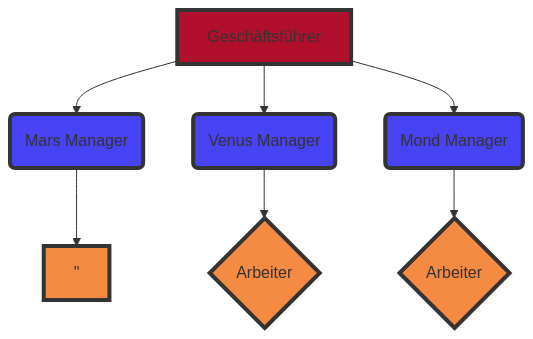
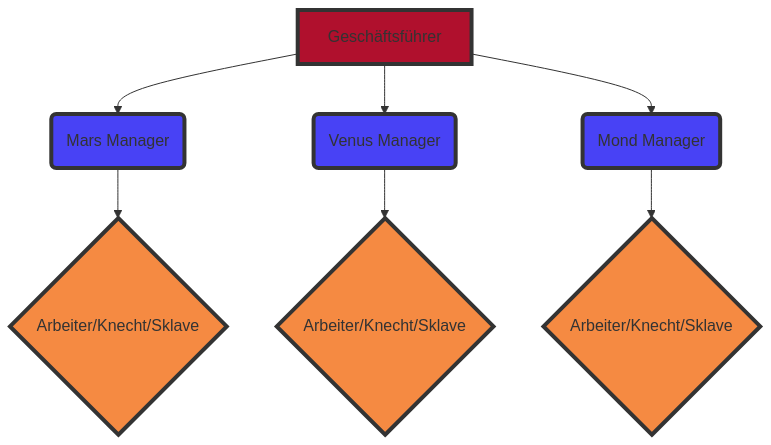
One commit to Team6IT26A/LF4 changed the diagram in Geltungsbereich.md. Above: the diagram before and after it, drawn with Mermaid.

````diff
--- a/Geltungsbereich.md
+++ b/Geltungsbereich.md
@@ -4,20 +4,20 @@
 ```mermaid
 graph TB
     A[Geschäftsführer]
     A --> B(Mars Manager)
     A --> C(Venus Manager)
     A --> D(Mond Manager)
-   E["&quot;"]
-    F{Arbeiter}
-    G{Arbeiter}
+    E{Arbeiter/Knecht/Sklave}
+    F{Arbeiter/Knecht/Sklave}
+    G{Arbeiter/Knecht/Sklave}
     B --> E
     C --> F
     D --> G
 
     classDef red fill:#b0102d,stroke:#333,stroke-width:4px;
     classDef blue fill:#4842f5,stroke:#333,stroke-width:4px;
     classDef orange fill:#f58a42,stroke:#333,stroke-width:4px;
     class A red
     class B,C,D blue
     class E,F,G orange
 ```
````
